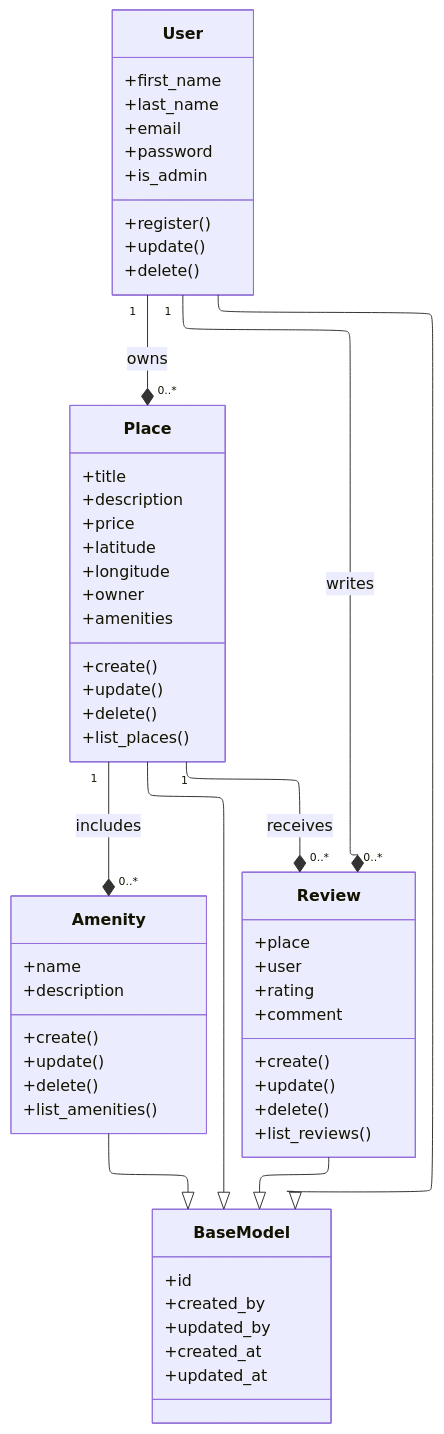
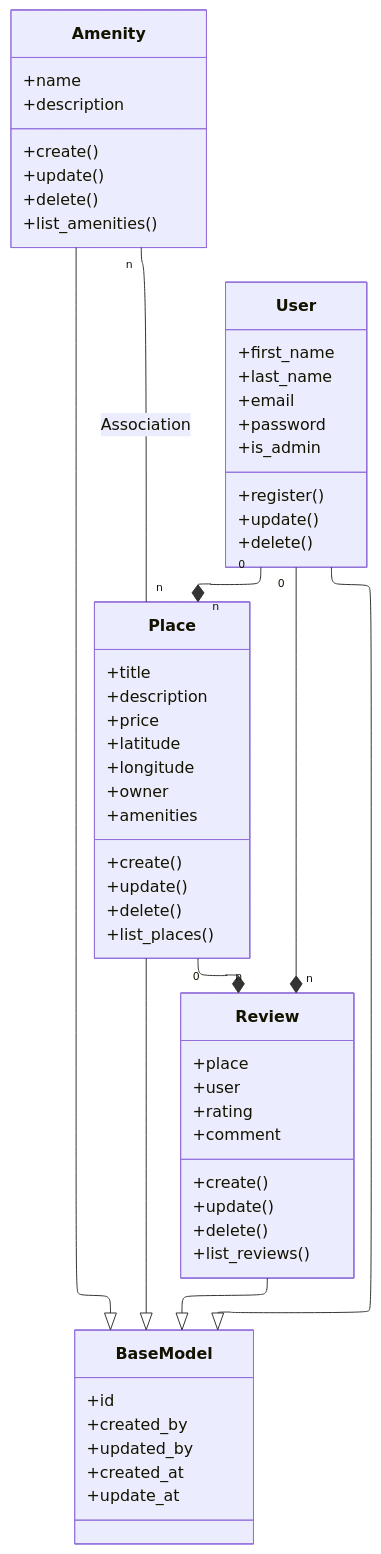
Before and after one commit to kahlidfma5/holbertonschool-hbnb: the diagram in part1/class_diagram.mmd, drawn with Mermaid.

```diff
--- a/part1/class_diagram.mmd
+++ b/part1/class_diagram.mmd
@@ -1,70 +1,70 @@
 ---
 config:
   theme: default
   layout: elk
 ---
 classDiagram
 direction TB
 
 class BaseModel {
     +id
     +created_by
     +updated_by
     +created_at
-    +updated_at
+    +update_at
 }
 
 class User {
     +first_name
     +last_name
     +email
     +password
     +is_admin
     +register()
     +update()
     +delete()
 }
 
 class Place {
     +title
     +description
     +price
     +latitude
     +longitude
     +owner
     +amenities
     +create()
     +update()
     +delete()
     +list_places()
 }
 
 class Amenity {
     +name
     +description
     +create()
     +update()
     +delete()
     +list_amenities()
 }
 
 class Review {
     +place
     +user
     +rating
     +comment
     +create()
     +update()
     +delete()
     +list_reviews()
 }
 
 User --|> BaseModel
 Place --|> BaseModel
 Amenity --|> BaseModel
 Review --|> BaseModel
 
-User "1" --* "0..*" Place : owns
-User "1" --* "0..*" Review : writes
-Place "1" --* "0..*" Review : receives
-Place "1" --* "0..*" Amenity : includes
+Amenity "n" -- "n" Place : Association
+User "0" --* "n" Place
+User "0" --* "n" Review
+Place "0" --* "n" Review
```
